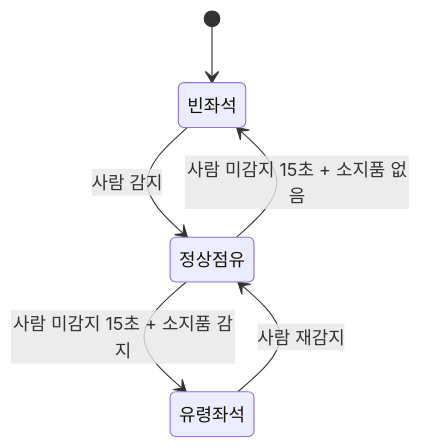
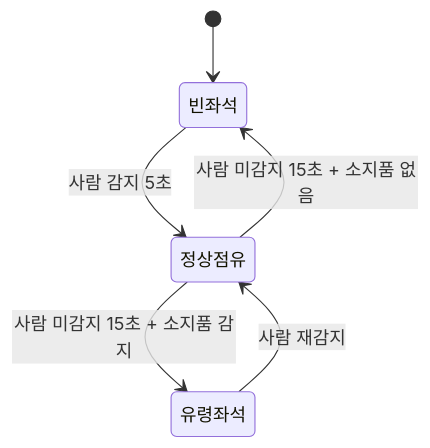
The second of 2 diagrams in README.md (Sogang-Univ/fake_seat_detection_02), drawn with Mermaid before and after one commit.

````diff
--- a/README.md
+++ b/README.md
@@ -56,11 +56,11 @@
 ```mermaid
 stateDiagram-v2
     state "빈좌석" as S0
     state "정상점유" as S1
     state "유령좌석" as S2
     [*] --> S0
-    S0 --> S1 : 사람 감지
+    S0 --> S1 : 사람 감지 5초
     S1 --> S0 : 사람 미감지 15초 + 소지품 없음
     S1 --> S2 : 사람 미감지 15초 + 소지품 감지
     S2 --> S1 : 사람 재감지
 ```
````
